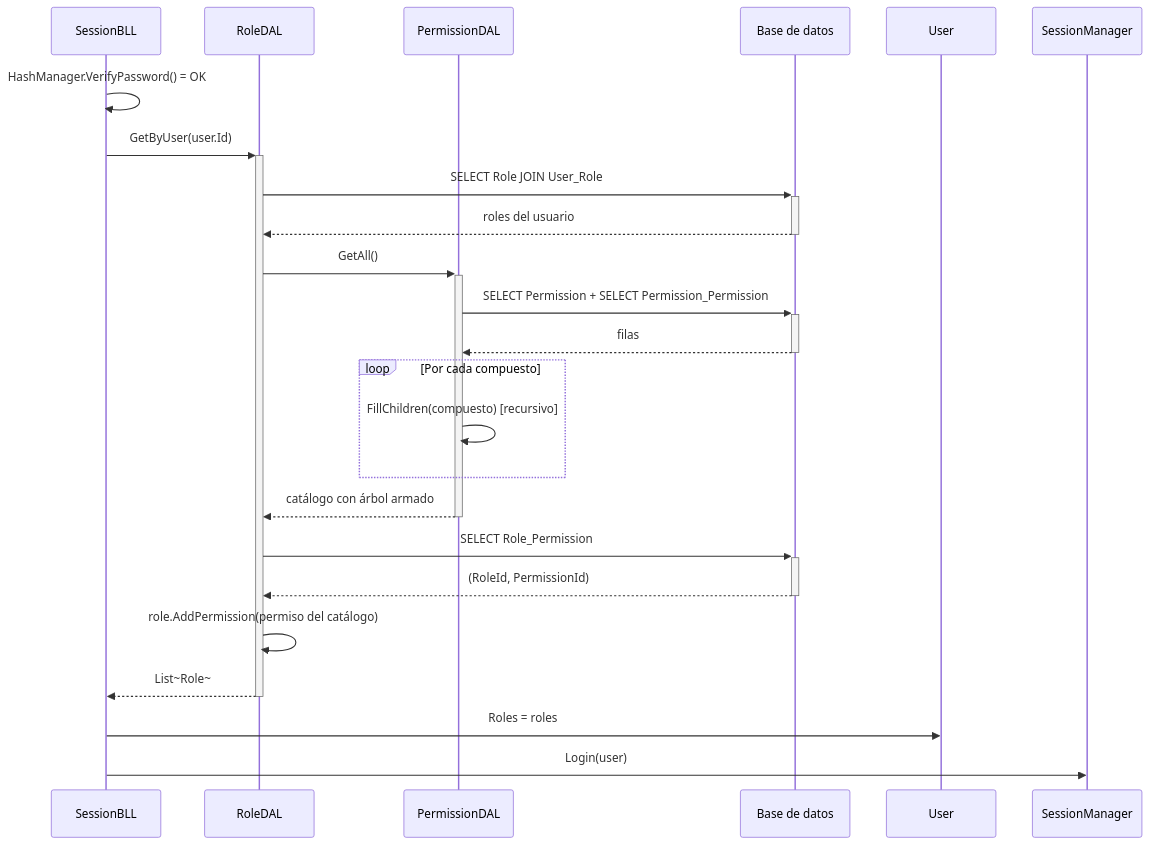
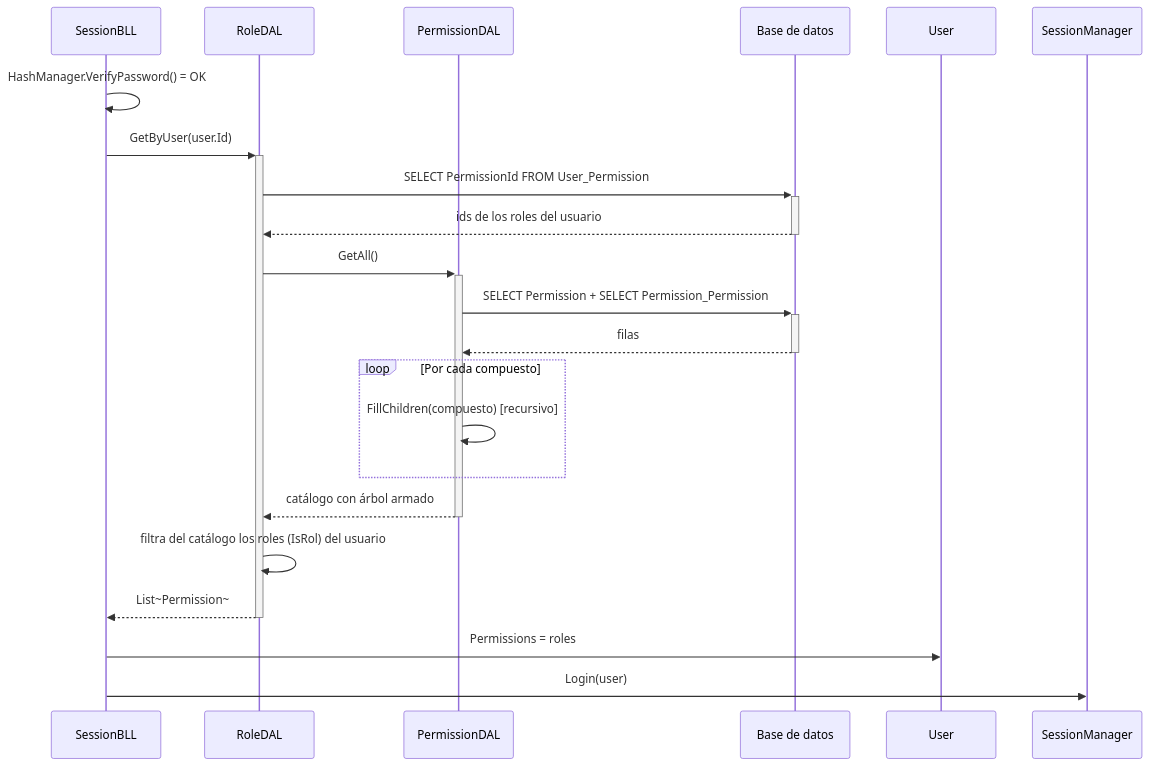
One commit to UAINahueLeandroDefeudi/uai-ing-soft changed the first of 4 diagrams in docs/ERS - Especificación de Requerimientos Software/DS - Diagramas de secuencia/DS-permisos-composite.md. Above: the diagram before and after it, drawn with Mermaid. The commit also changed other lines of this file and 27 other files, not shown here.

First line of the commit message:
Refactor role management to integrate permissions as composite roles

````diff
--- a/docs/ERS - Especificación de Requerimientos Software/DS - Diagramas de secuencia/DS-permisos-composite.md
+++ b/docs/ERS - Especificación de Requerimientos Software/DS - Diagramas de secuencia/DS-permisos-composite.md
@@ -12,27 +12,25 @@
 ```mermaid
 sequenceDiagram
     participant SBLL as SessionBLL
     participant RDAL as RoleDAL
     participant PDAL as PermissionDAL
     participant BD as Base de datos
     participant U as User
     participant SM as SessionManager
 
     SBLL->>SBLL: HashManager.VerifyPassword() = OK
     SBLL->>+RDAL: GetByUser(user.Id)
-    RDAL->>+BD: SELECT Role JOIN User_Role
-    BD-->>-RDAL: roles del usuario
+    RDAL->>+BD: SELECT PermissionId FROM User_Permission
+    BD-->>-RDAL: ids de los roles del usuario
     RDAL->>+PDAL: GetAll()
     PDAL->>+BD: SELECT Permission + SELECT Permission_Permission
     BD-->>-PDAL: filas
     loop Por cada compuesto
         PDAL->>PDAL: FillChildren(compuesto) [recursivo]
     end
     PDAL-->>-RDAL: catálogo con árbol armado
-    RDAL->>+BD: SELECT Role_Permission
-    BD-->>-RDAL: (RoleId, PermissionId)
-    RDAL->>RDAL: role.AddPermission(permiso del catálogo)
-    RDAL-->>-SBLL: List~Role~
-    SBLL->>U: Roles = roles
+    RDAL->>RDAL: filtra del catálogo los roles (IsRol) del usuario
+    RDAL-->>-SBLL: List~Permission~
+    SBLL->>U: Permissions = roles
     SBLL->>SM: Login(user)
 ```
````
